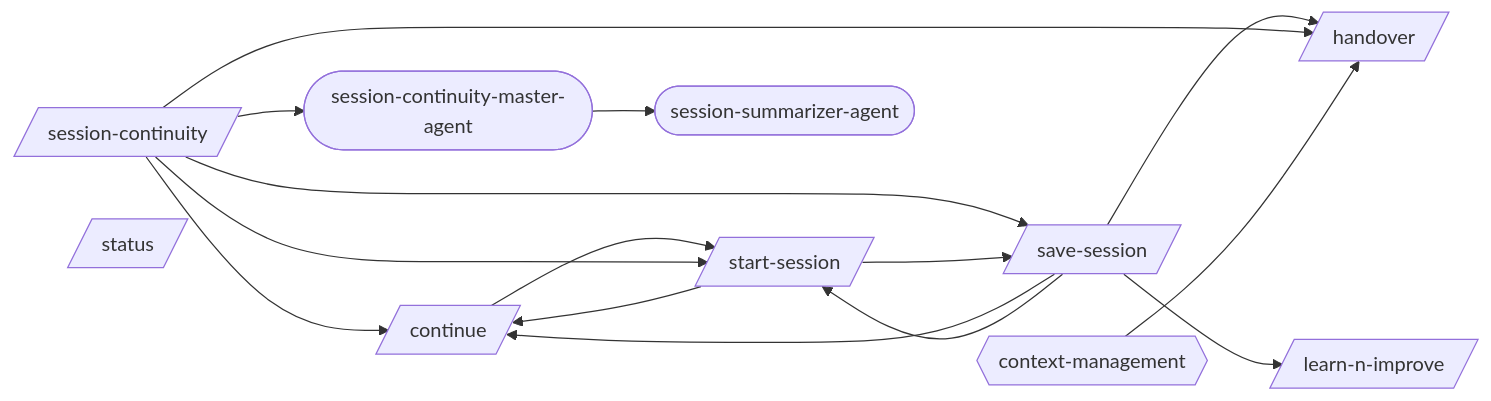
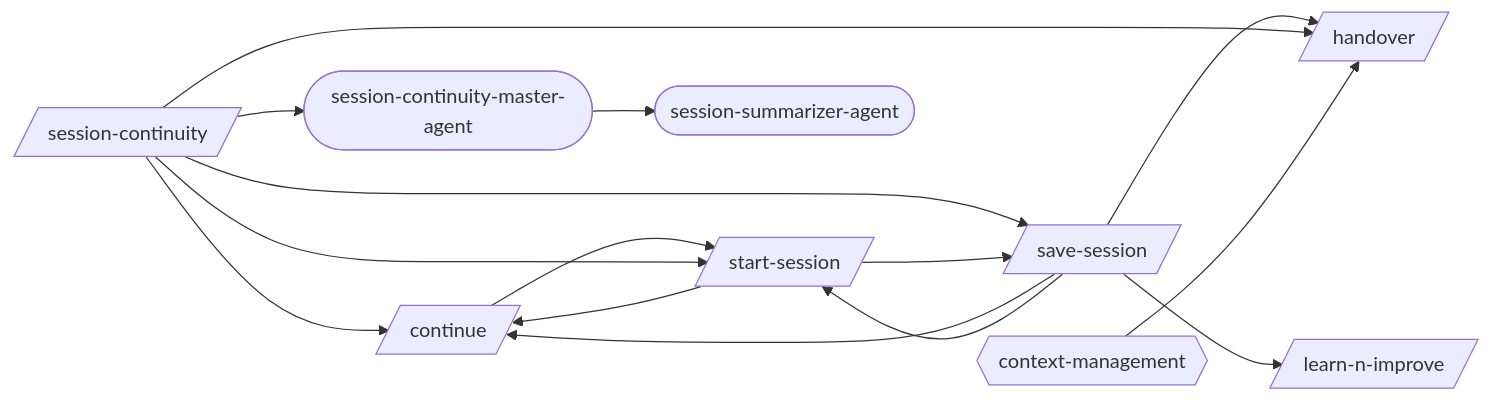
The first of 2 diagrams in docs/workflows/session-continuity.md (abhayla/claude-best-practices), drawn with Mermaid before and after one commit. The commit also changed other lines of this file and 23 other files, not shown here.

````diff
--- a/docs/workflows/session-continuity.md
+++ b/docs/workflows/session-continuity.md
@@ -9,27 +11,26 @@
 ```mermaid
 graph LR
     continue[/continue/]
     handover[/handover/]
     learn_n_improve[/learn-n-improve/]
     save_session[/save-session/]
     session_continuity[/session-continuity/]
     start_session[/start-session/]
-    status[/status/]
     session_continuity_master_agent([session-continuity-master-agent])
     session_summarizer_agent([session-summarizer-agent])
     context_management{{context-management}}
     continue --> start_session
     save_session --> continue
     save_session --> handover
     save_session --> learn_n_improve
     save_session --> start_session
     session_continuity --> continue
     session_continuity --> handover
     session_continuity --> save_session
     session_continuity --> start_session
     session_continuity --> session_continuity_master_agent
     start_session --> continue
     start_session --> save_session
     session_continuity_master_agent --> session_summarizer_agent
     context_management --> handover
 ```
````
